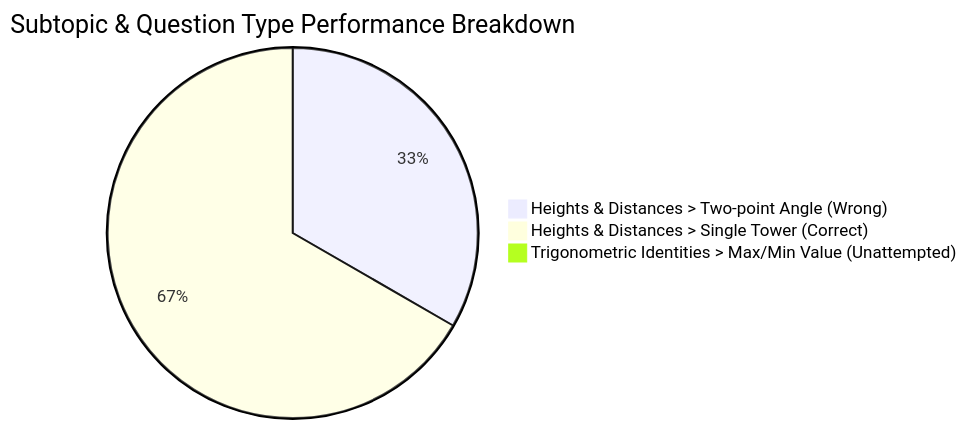
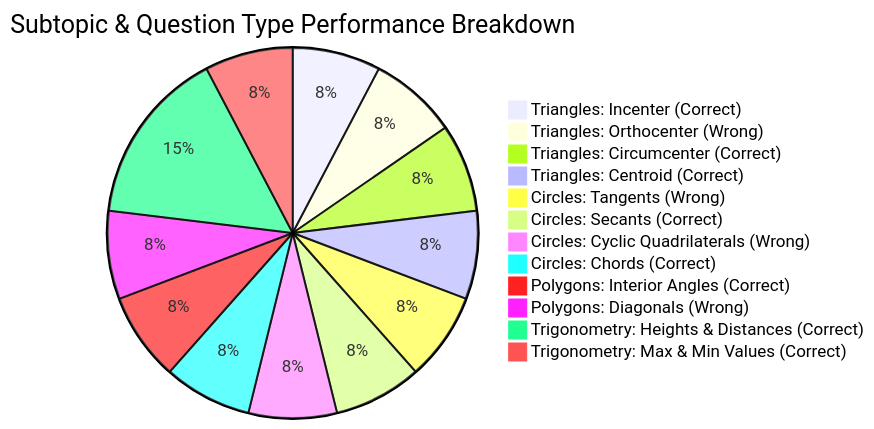
One commit to skc-coder/SAGE changed the fourth of 4 diagrams in .agents/skills/exam-analysis-master/SKILL.md. Above: the diagram before and after it, drawn with Mermaid. The commit also changed other lines of this file and 1 other file, not shown here.

Commit message:
feat(skill): group subtopics sequentially by parent topic in pie charts for topic-based color shading
- Update SKILL.md specification to group subtopics under their parent topic prefix (e.g. 'Triangles: Incenter', 'Triangles: Orthocenter') so Mermaid applies contiguous matching color palette shades
- Update elementary_mathematics_overview.md pie chart with topic-grouped subtopics and status markers

````diff
--- a/.agents/skills/exam-analysis-master/SKILL.md
+++ b/.agents/skills/exam-analysis-master/SKILL.md
@@ -124,6 +125,15 @@
 ```mermaid
 pie title Subtopic & Question Type Performance Breakdown
-    "Heights & Distances > Two-point Angle (Wrong)" : 1
-    "Heights & Distances > Single Tower (Correct)" : 2
-    "Trigonometric Identities > Max/Min Value (Unattempted)" : 0
+    "Triangles: Incenter (Correct)" : 1
+    "Triangles: Orthocenter (Wrong)" : 1
+    "Triangles: Circumcenter (Correct)" : 1
+    "Triangles: Centroid (Correct)" : 1
+    "Circles: Tangents (Wrong)" : 1
+    "Circles: Secants (Correct)" : 1
+    "Circles: Cyclic Quadrilaterals (Wrong)" : 1
+    "Circles: Chords (Correct)" : 1
+    "Polygons: Interior Angles (Correct)" : 1
+    "Polygons: Diagonals (Wrong)" : 1
+    "Trigonometry: Heights & Distances (Correct)" : 2
+    "Trigonometry: Max & Min Values (Correct)" : 1
 ```
````
